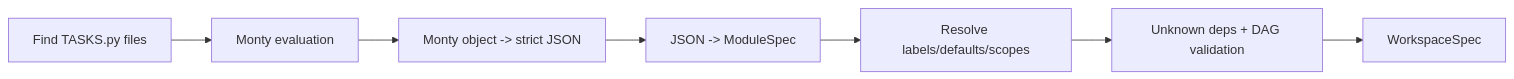
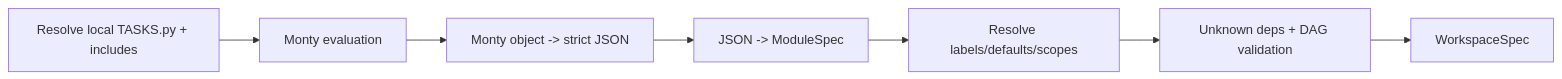
One commit to gu1p/tak changed the diagram in crates/tak-loader/ARCHITECTURE.md. Above: the diagram before and after it, drawn with Mermaid. The commit also changed other lines of this file and 114 other files, not shown here.

````diff
--- a/crates/tak-loader/ARCHITECTURE.md
+++ b/crates/tak-loader/ARCHITECTURE.md
@@ -11,9 +11,9 @@
 ```mermaid
 flowchart LR
-    Discover[Find TASKS.py files] --> Eval[Monty evaluation]
+    Discover[Resolve local TASKS.py + includes] --> Eval[Monty evaluation]
     Eval --> Convert[Monty object -> strict JSON]
     Convert --> Decode[JSON -> ModuleSpec]
     Decode --> Merge[Resolve labels/defaults/scopes]
     Merge --> Validate[Unknown deps + DAG validation]
     Validate --> Workspace[WorkspaceSpec]
 ```
````
